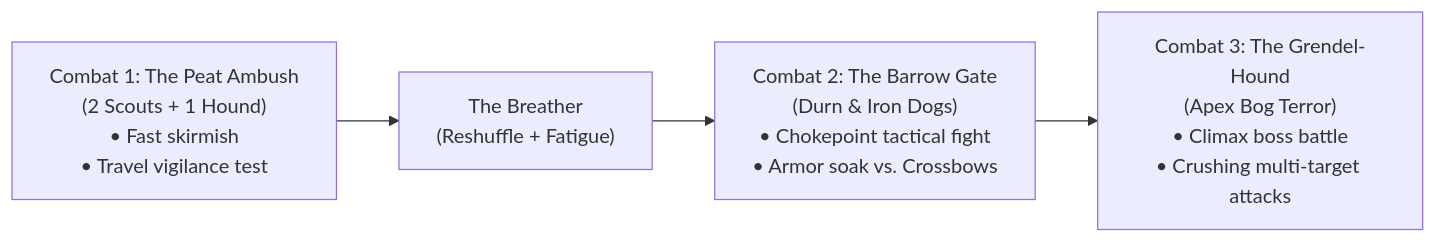
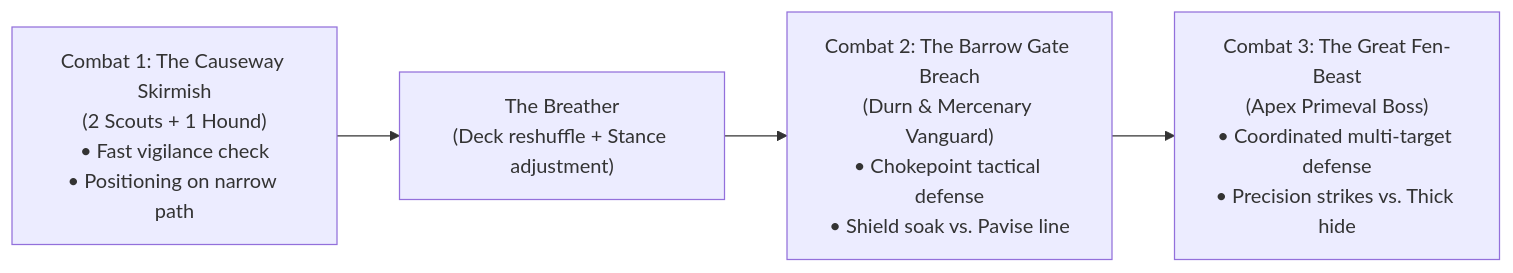
One commit to tdimiduk/cardpg changed the second of 2 diagrams in design/iteration/campaign-weeping-fen/challenges-and-encounters.md. Above: the diagram before and after it, drawn with Mermaid. The commit also changed other lines of this file and 10 other files, not shown here.

````diff
--- a/design/iteration/campaign-weeping-fen/challenges-and-encounters.md
+++ b/design/iteration/campaign-weeping-fen/challenges-and-encounters.md
@@ -81,6 +81,6 @@
 ```mermaid
 flowchart LR
-    C1["Combat 1: The Peat Ambush<br/>(2 Scouts + 1 Hound)<br/>• Fast skirmish<br/>• Travel vigilance test"] --> REST1["The Breather<br/>(Reshuffle + Fatigue)"]
-    REST1 --> C2["Combat 2: The Barrow Gate<br/>(Durn & Iron Dogs)<br/>• Chokepoint tactical fight<br/>• Armor soak vs. Crossbows"]
-    C2 --> C3["Combat 3: The Grendel-Hound<br/>(Apex Bog Terror)<br/>• Climax boss battle<br/>• Crushing multi-target attacks"]
+    C1["Combat 1: The Causeway Skirmish<br/>(2 Scouts + 1 Hound)<br/>• Fast vigilance check<br/>• Positioning on narrow path"] --> REST1["The Breather<br/>(Deck reshuffle + Stance adjustment)"]
+    REST1 --> C2["Combat 2: The Barrow Gate Breach<br/>(Durn & Mercenary Vanguard)<br/>• Chokepoint tactical defense<br/>• Shield soak vs. Pavise line"]
+    C2 --> C3["Combat 3: The Great Fen-Beast<br/>(Apex Primeval Boss)<br/>• Coordinated multi-target defense<br/>• Precision strikes vs. Thick hide"]
 ```
````
